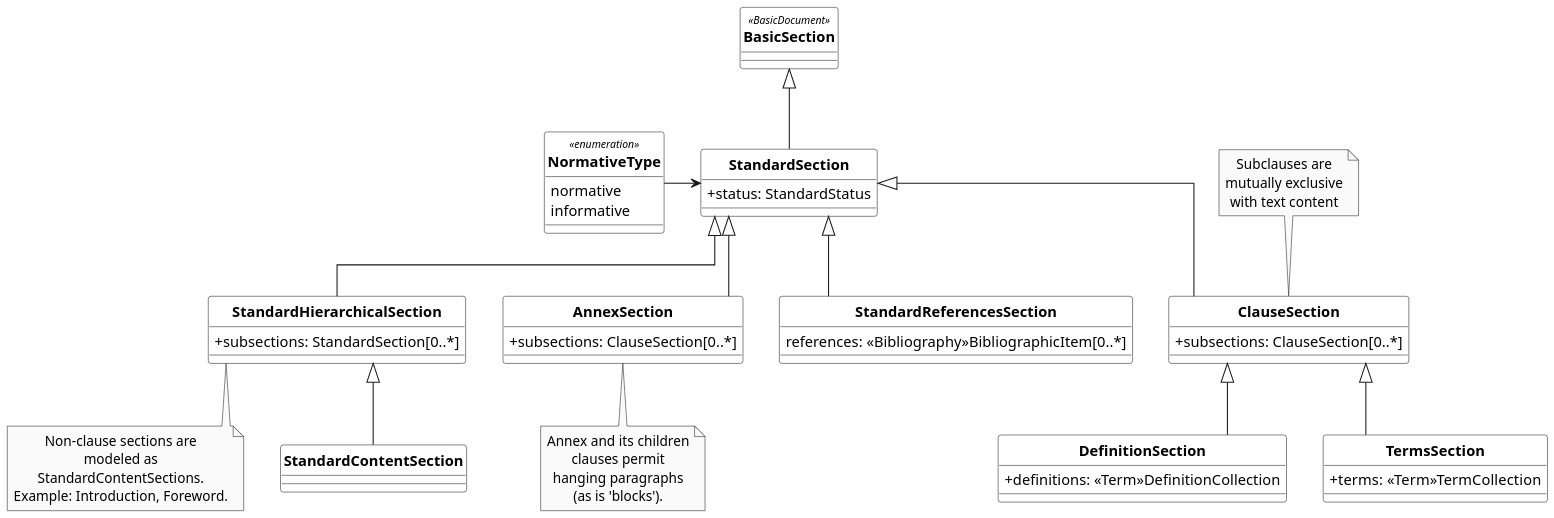
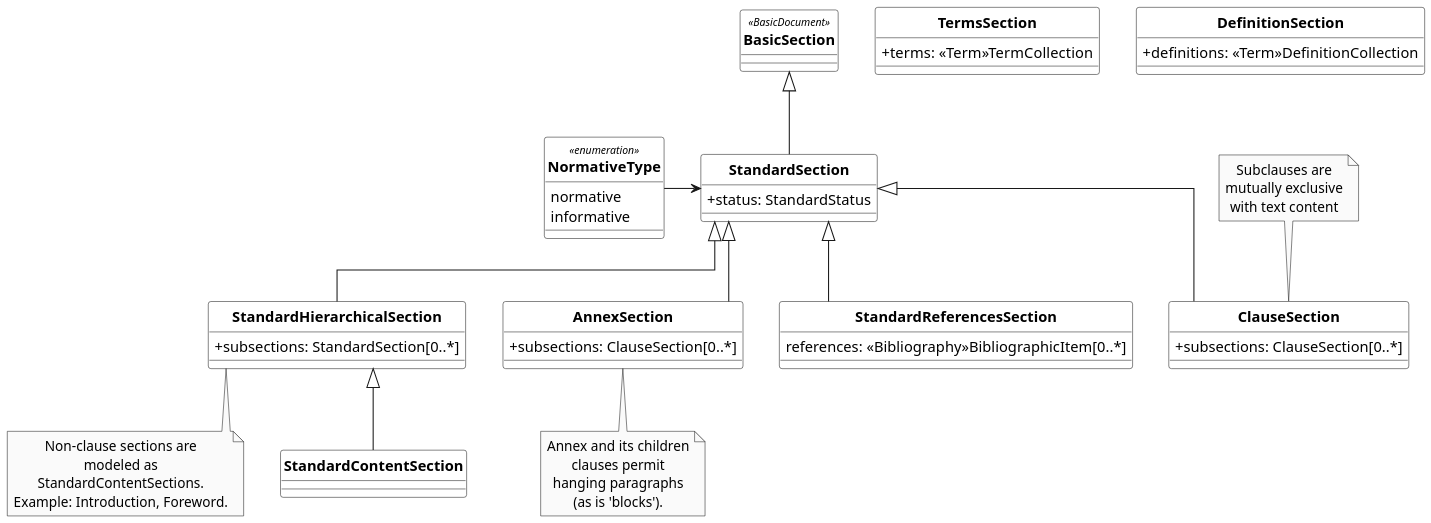
One commit to CalConnect/csd-standard-doc changed the diagram in standoc_uml/StandardDoc_Sections.wsd. Above: the diagram before and after it, drawn with PlantUML. The commit also changed 5 other files, not shown here.

Commit message:
terms, diagrams

```diff
--- a/standoc_uml/StandardDoc_Sections.wsd
+++ b/standoc_uml/StandardDoc_Sections.wsd
@@ -1,118 +1,115 @@
 @startuml StandardDoc_Sections
 /'
 Diagram:        StandardDoc_Sections
 DateCreate:     22/08/2018
 Description:    Metanorma StandardDocument ("StanDoc") is a family of document models that forms the basis of Metanorma IsoDoc, which is used to represent 
                 ISO Standards and similarly structured standards. It itself is an instantiation of BasicDocument (BasicDoc)
                 It is one of the document models that Selagraph operates on.
                 Metanorma StandardDocument itself is a document model can form the basis of multiple standard document types, including:
                 
                 - ISO Standards
                 - CSD Standards
                 - Chinese Standards (GB and family)
                 
                 The Relaton Bibliography UML models used within these models are located here: Relaton BibModels
 
 Hystory of changes:
 > DD/MM/YYYY
     - 
     - 
 '/
 
 '******* CONFIGURATION ************************************************
 skinparam classAttributeIconSize 0
 skinparam Dpi 150
 skinparam Monochrome true
 skinparam LineType ortho
 hide circle
 /' skinparam CircledCharacterRadius 0 '/
 /' skinparam CircledCharacterFontSize 0 '/
 skinparam Default {
 TextAlignment center
 FontName Helvetica
 }
 skinparam Class {
 AttributeIconSize 0
 BackgroundColor White
 FontStyle bold
 StereotypeFontSize 10
 }
 skinparam Rectangle {
 BackgroundColor White
 FontStyle bold
 FontSize 11
 StereotypeFontSize 10
 }
 skinparam Object {
 BackgroundColor White
 FontStyle bold
 FontSize 11
 StereotypeFontSize 10
 }
 
 skinparam Entity {
 StereotypeFontSize 10
 }
 
 '******* CLASS DEFINITION *********************************************
 class BasicSection <<BasicDocument>> {
    
 }
 
 class StandardSection {
     +status: StandardStatus
 }
 
 class StandardHierarchicalSection{
     +subsections: StandardSection[0..*]
 }
 
 class StandardContentSection{
 
 }
 
 class ClauseSection{
     +subsections: ClauseSection[0..*]
 }
 
 class TermsSection{
     +terms: <<Term>>TermCollection
 }
 
 class DefinitionSection{
     +definitions: <<Term>>DefinitionCollection
 }
 
 class AnnexSection{
     +subsections: ClauseSection[0..*]
 }
 
 class StandardReferencesSection{
     references: <<Bibliography>>BibliographicItem[0..*]
 }
 
 enum NormativeType <<enumeration>>{
     normative
     informative
 }
 
 '******* NOTES ********************************************************
 note bottom of StandardHierarchicalSection: Non-clause sections are\nmodeled as\nStandardContentSections.\nExample: Introduction, Foreword.
 note top of ClauseSection: Subclauses are\nmutually exclusive\nwith text content
 note bottom of AnnexSection: Annex and its children\nclauses permit\nhanging paragraphs\n(as is 'blocks').
 
 '******* CLASS RELATIONS **********************************************
 BasicSection <|-- StandardSection
 
 StandardSection <-left- NormativeType
 StandardSection <|-- StandardHierarchicalSection
 StandardSection <|-- ClauseSection
 StandardSection <|-- AnnexSection
 StandardSection <|-- StandardReferencesSection
 
 StandardHierarchicalSection <|-- StandardContentSection
 
-ClauseSection <|-- TermsSection
-ClauseSection <|-- DefinitionSection
-
 @enduml
```
